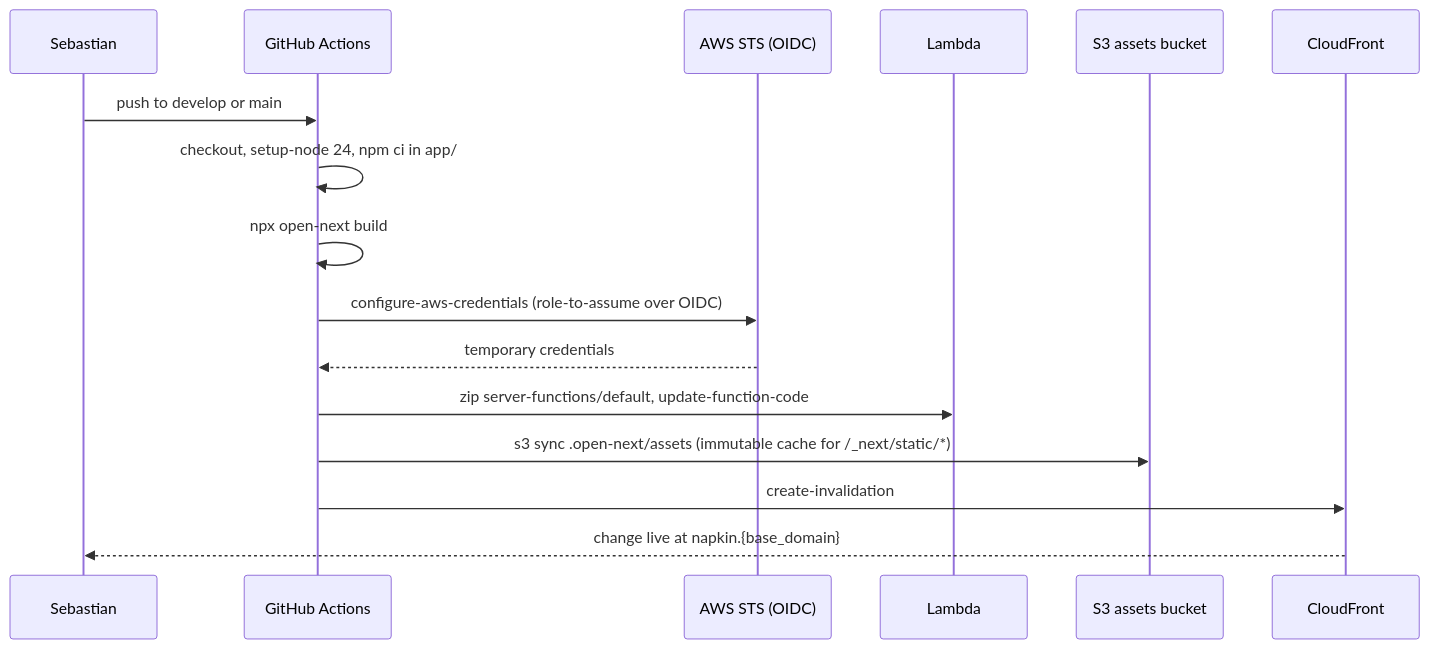
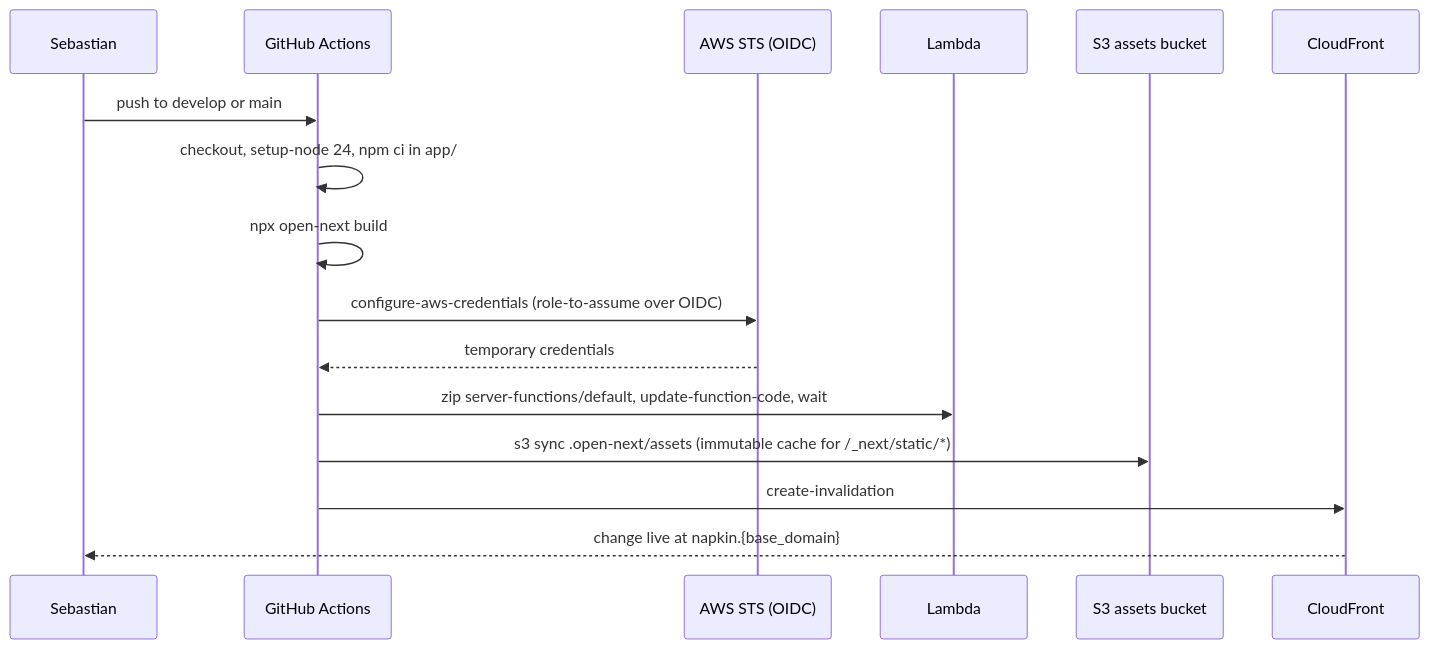
The second of 2 diagrams in docs/modules/deploy/flows.md (sebasfles/my-napkin), drawn with Mermaid before and after one commit. The commit also changed other lines of this file and 41 other files, not shown here.

````diff
--- a/docs/modules/deploy/flows.md
+++ b/docs/modules/deploy/flows.md
@@ -33,19 +36,19 @@
 ```mermaid
 sequenceDiagram
   participant S as Sebastian
   participant GH as GitHub Actions
   participant AWS as AWS STS (OIDC)
   participant L as Lambda
   participant A as S3 assets bucket
   participant CF as CloudFront
 
   S->>GH: push to develop or main
   GH->>GH: checkout, setup-node 24, npm ci in app/
   GH->>GH: npx open-next build
   GH->>AWS: configure-aws-credentials (role-to-assume over OIDC)
   AWS-->>GH: temporary credentials
-  GH->>L: zip server-functions/default, update-function-code
+  GH->>L: zip server-functions/default, update-function-code, wait
   GH->>A: s3 sync .open-next/assets (immutable cache for /_next/static/*)
   GH->>CF: create-invalidation
   CF-->>S: change live at napkin.{base_domain}
 ```
````
